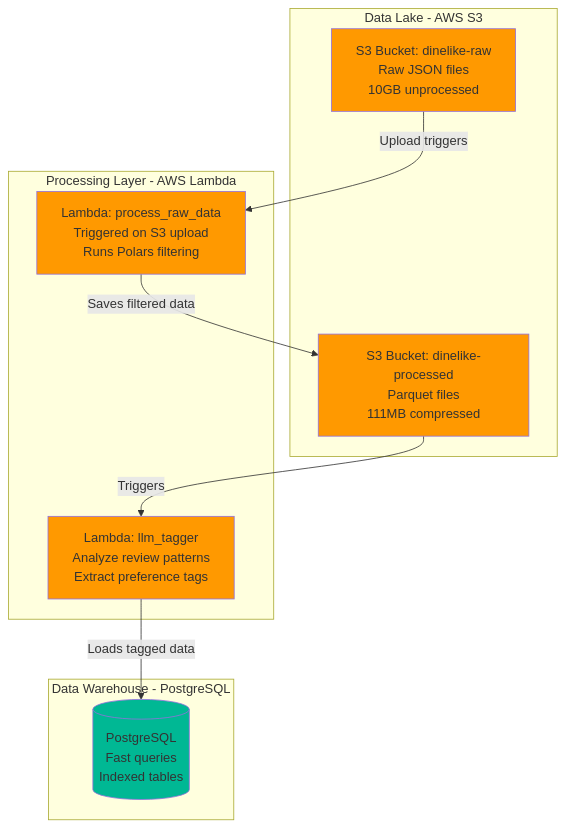
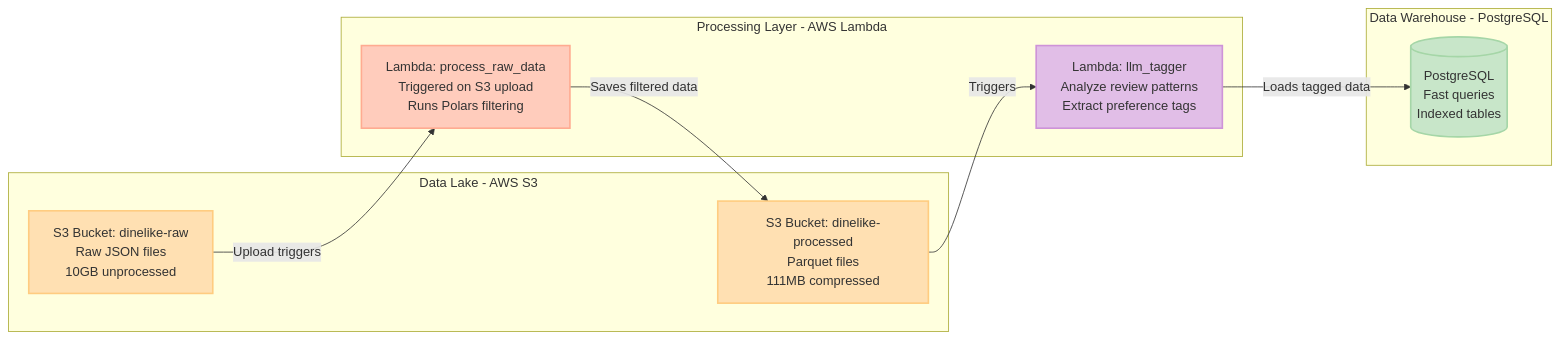
One commit to Vihaan8/dinelike_final_project changed the third of 8 diagrams in README.md. Above: the diagram before and after it, drawn with Mermaid. The commit also changed other lines of this file and 7 other files, not shown here.

````diff
--- a/README.md
+++ b/README.md
@@ -286,27 +334,27 @@
 ```mermaid
-graph TB
+graph LR
     subgraph "Data Lake - AWS S3"
         A[S3 Bucket: dinelike-raw<br/>Raw JSON files<br/>10GB unprocessed]
         B[S3 Bucket: dinelike-processed<br/>Parquet files<br/>111MB compressed]
     end
     
     subgraph "Processing Layer - AWS Lambda"
         C[Lambda: process_raw_data<br/>Triggered on S3 upload<br/>Runs Polars filtering]
         D[Lambda: llm_tagger<br/>Analyze review patterns<br/>Extract preference tags]
     end
     
     subgraph "Data Warehouse - PostgreSQL"
         E[(PostgreSQL<br/>Fast queries<br/>Indexed tables)]
     end
     
     A -->|Upload triggers| C
     C -->|Saves filtered data| B
     B -->|Triggers| D
     D -->|Loads tagged data| E
     
-    style A fill:#FF9900
-    style B fill:#FF9900
-    style C fill:#FF9900
-    style D fill:#FF9900
-    style E fill:#00b894
+    style A fill:#FFE0B2,stroke:#FFCC80,stroke-width:2px
+    style B fill:#FFE0B2,stroke:#FFCC80,stroke-width:2px
+    style C fill:#FFCCBC,stroke:#FFAB91,stroke-width:2px
+    style D fill:#E1BEE7,stroke:#CE93D8,stroke-width:2px
+    style E fill:#C8E6C9,stroke:#A5D6A7,stroke-width:2px
 ```
````
